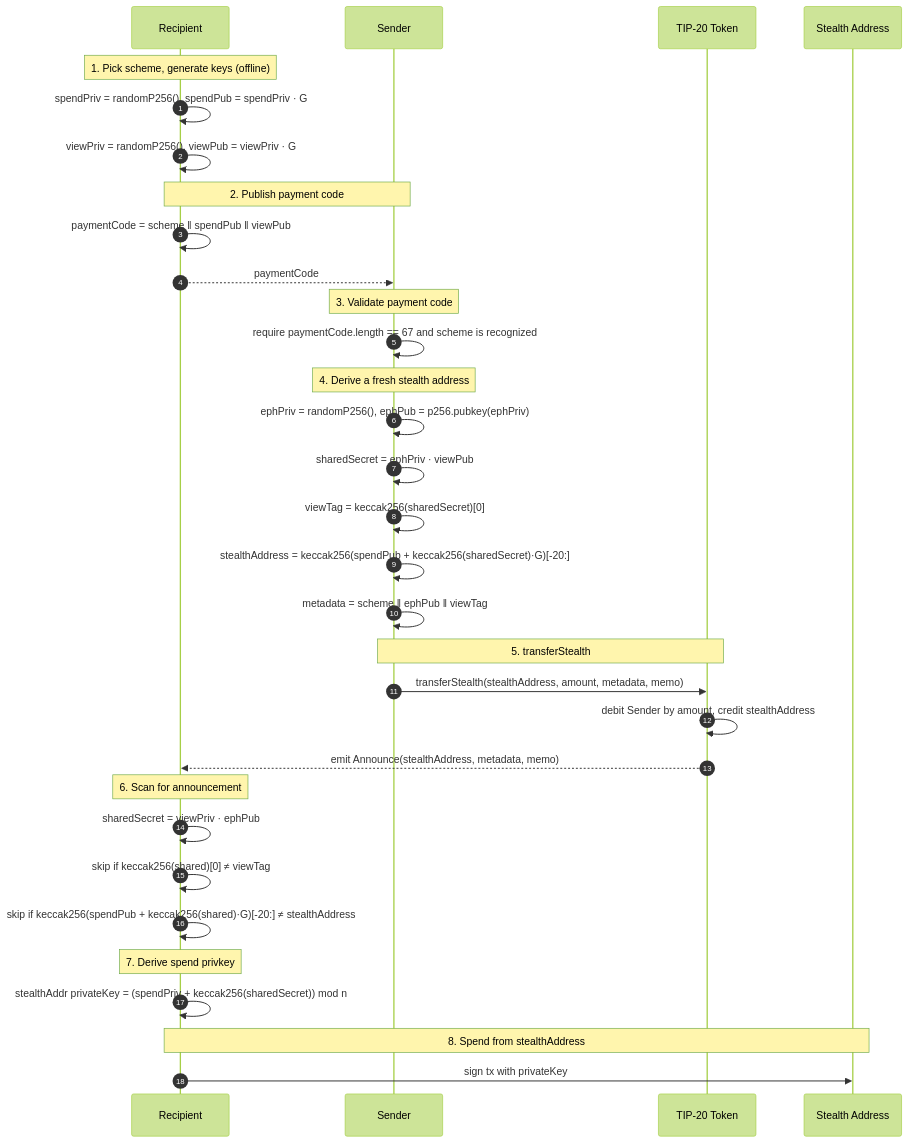
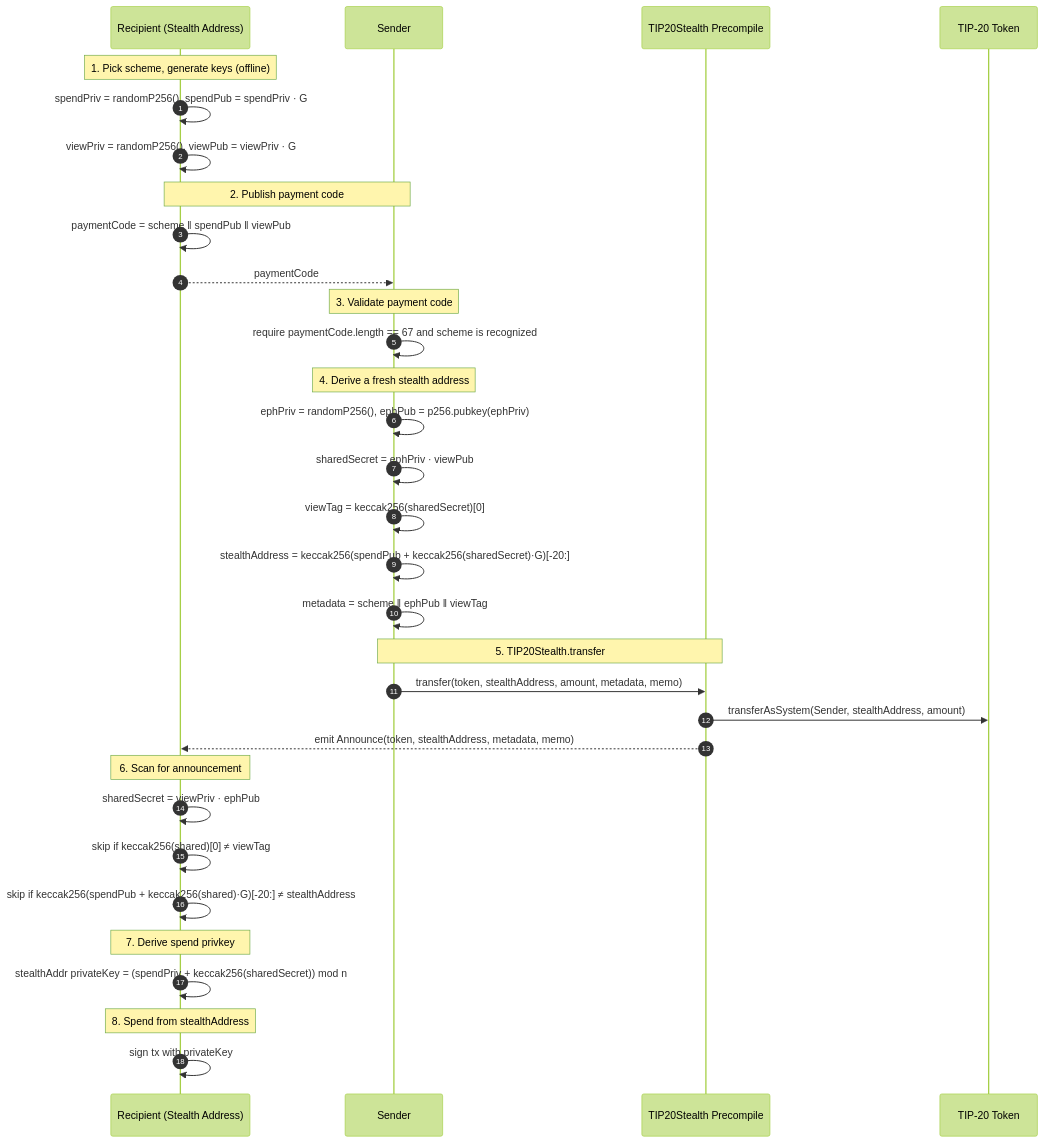
Before and after one commit to tempoxyz/tempo: the first of 2 diagrams in tips/tip-1069.md, drawn with Mermaid (forest theme). The commit also changed other lines of this file, not shown here.

First line of the commit message:
docs(tip-1069): use TIP20Stealth precompile + transferAsSystem hook

````diff
--- a/tips/tip-1069.md
+++ b/tips/tip-1069.md
@@ -99,42 +117,42 @@
 ```mermaid
 sequenceDiagram
     autonumber
-    participant R as Recipient
+    participant R as Recipient (Stealth Address)
     participant S as Sender
+    participant P as TIP20Stealth Precompile
     participant T as TIP-20 Token
-    participant P as Stealth Address
 
     Note over R: 1. Pick scheme, generate keys (offline)
     R->>R: spendPriv = randomP256(), spendPub = spendPriv · G
     R->>R: viewPriv = randomP256(), viewPub  = viewPriv  · G
 
     Note over R,S: 2. Publish payment code
     R->>R: paymentCode = scheme ‖ spendPub ‖ viewPub
     R-->>S: paymentCode
 
     Note over S: 3. Validate payment code
     S->>S: require paymentCode.length == 67 and scheme is recognized
 
     Note over S: 4. Derive a fresh stealth address
     S->>S: ephPriv = randomP256(), ephPub = p256.pubkey(ephPriv)
     S->>S: sharedSecret = ephPriv · viewPub
     S->>S: viewTag = keccak256(sharedSecret)[0]
     S->>S: stealthAddress = keccak256(spendPub + keccak256(sharedSecret)·G)[-20:]
     S->>S: metadata = scheme ‖ ephPub ‖ viewTag
 
-    Note over S,T: 5. transferStealth
-    S->>T: transferStealth(stealthAddress, amount, metadata, memo)
-    T->>T: debit Sender by amount, credit stealthAddress
-    T-->>R: emit Announce(stealthAddress, metadata, memo)
+    Note over S,P: 5. TIP20Stealth.transfer
+    S->>P: transfer(token, stealthAddress, amount, metadata, memo)
+    P->>T: transferAsSystem(Sender, stealthAddress, amount)
+    P-->>R: emit Announce(token, stealthAddress, metadata, memo)
 
     Note over R: 6. Scan for announcement
     R->>R: sharedSecret = viewPriv · ephPub
     R->>R: skip if keccak256(shared)[0] ≠ viewTag
     R->>R: skip if keccak256(spendPub + keccak256(shared)·G)[-20:] ≠ stealthAddress
 
     Note over R: 7. Derive spend privkey
     R->>R: stealthAddr privateKey = (spendPriv + keccak256(sharedSecret)) mod n
 
-    Note over R,P: 8. Spend from stealthAddress
-    R->>P: sign tx with privateKey
+    Note over R: 8. Spend from stealthAddress
+    R->>R: sign tx with privateKey
 ```
````
